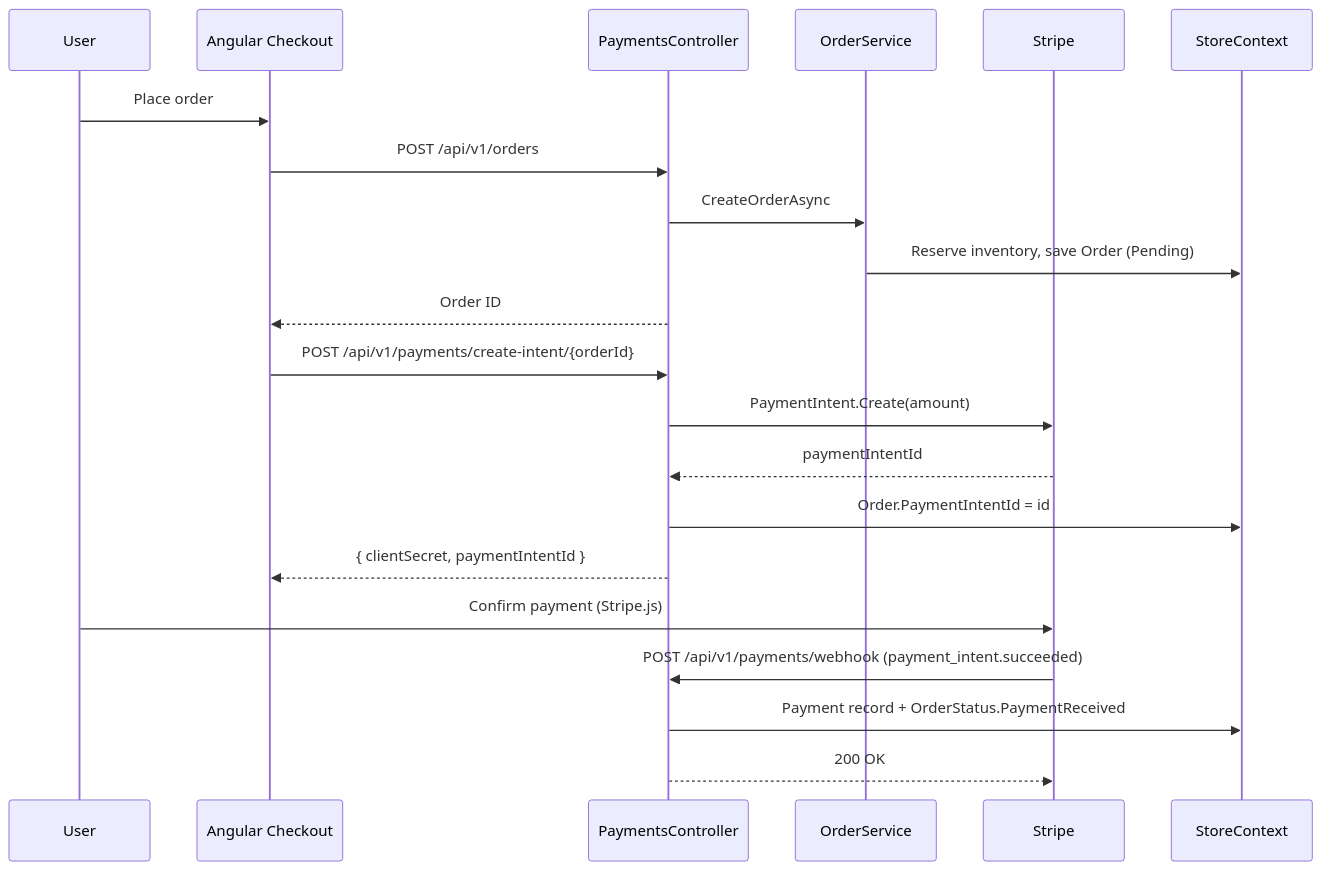
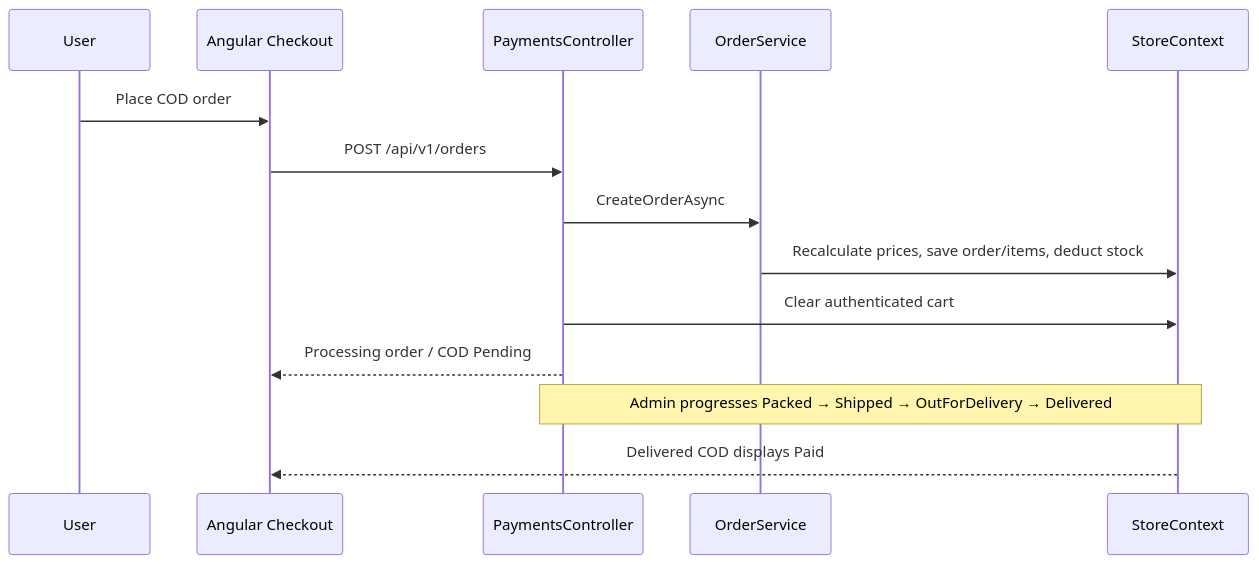
The diagram in docs/06-Payments.md (jaatvishal/nature-schakki_backend), drawn with Mermaid before and after one commit. The commit also changed other lines of this file and 13 other files, not shown here.

````diff
--- a/docs/06-Payments.md
+++ b/docs/06-Payments.md
@@ -27,26 +27,17 @@
 ```mermaid
 sequenceDiagram
     participant U as User
     participant FE as Angular Checkout
     participant API as PaymentsController
     participant OS as OrderService
-    participant S as Stripe
     participant DB as StoreContext
 
-    U->>FE: Place order
+    U->>FE: Place COD order
     FE->>API: POST /api/v1/orders
     API->>OS: CreateOrderAsync
-    OS->>DB: Reserve inventory, save Order (Pending)
-    API-->>FE: Order ID
-
-    FE->>API: POST /api/v1/payments/create-intent/{orderId}
-    API->>S: PaymentIntent.Create(amount)
-    S-->>API: paymentIntentId
-    API->>DB: Order.PaymentIntentId = id
-    API-->>FE: { clientSecret, paymentIntentId }
-
-    U->>S: Confirm payment (Stripe.js)
-    S->>API: POST /api/v1/payments/webhook (payment_intent.succeeded)
-    API->>DB: Payment record + OrderStatus.PaymentReceived
-    API-->>S: 200 OK
+    OS->>DB: Recalculate prices, save order/items, deduct stock
+    API->>DB: Clear authenticated cart
+    API-->>FE: Processing order / COD Pending
+    Note over API,DB: Admin progresses Packed → Shipped → OutForDelivery → Delivered
+    DB-->>FE: Delivered COD displays Paid
 ```
````
